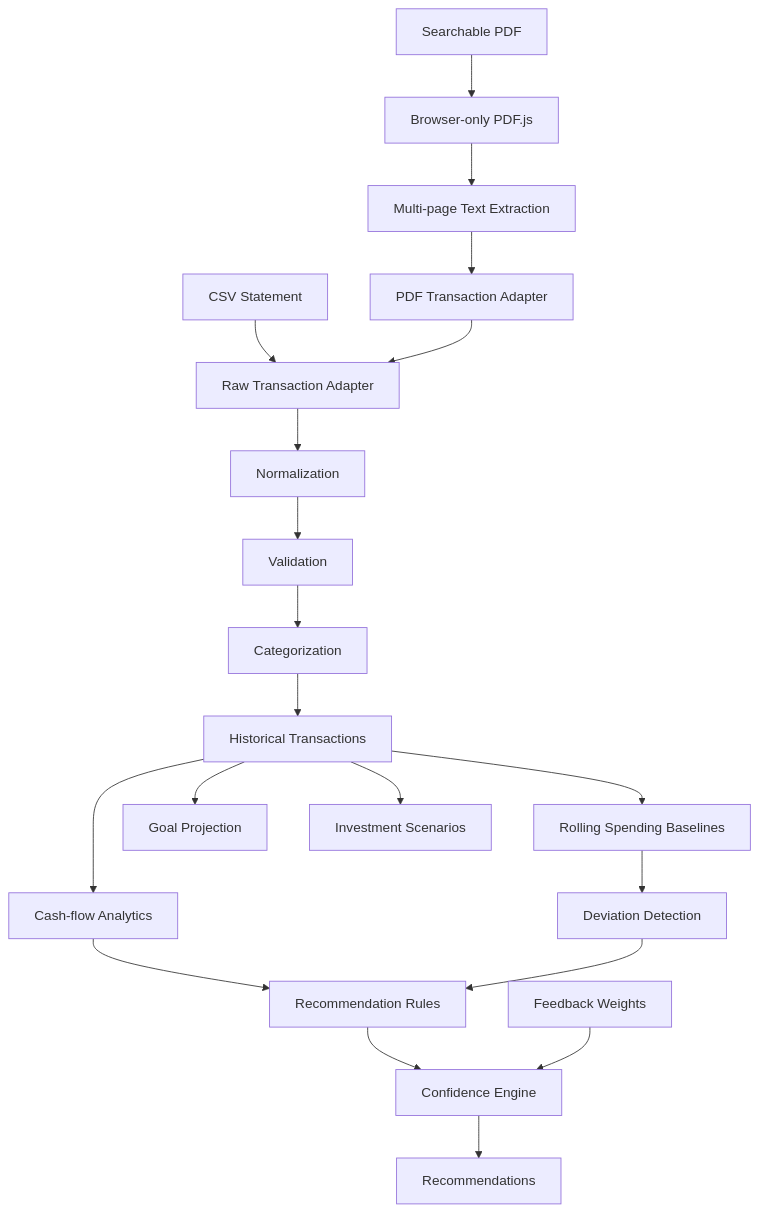
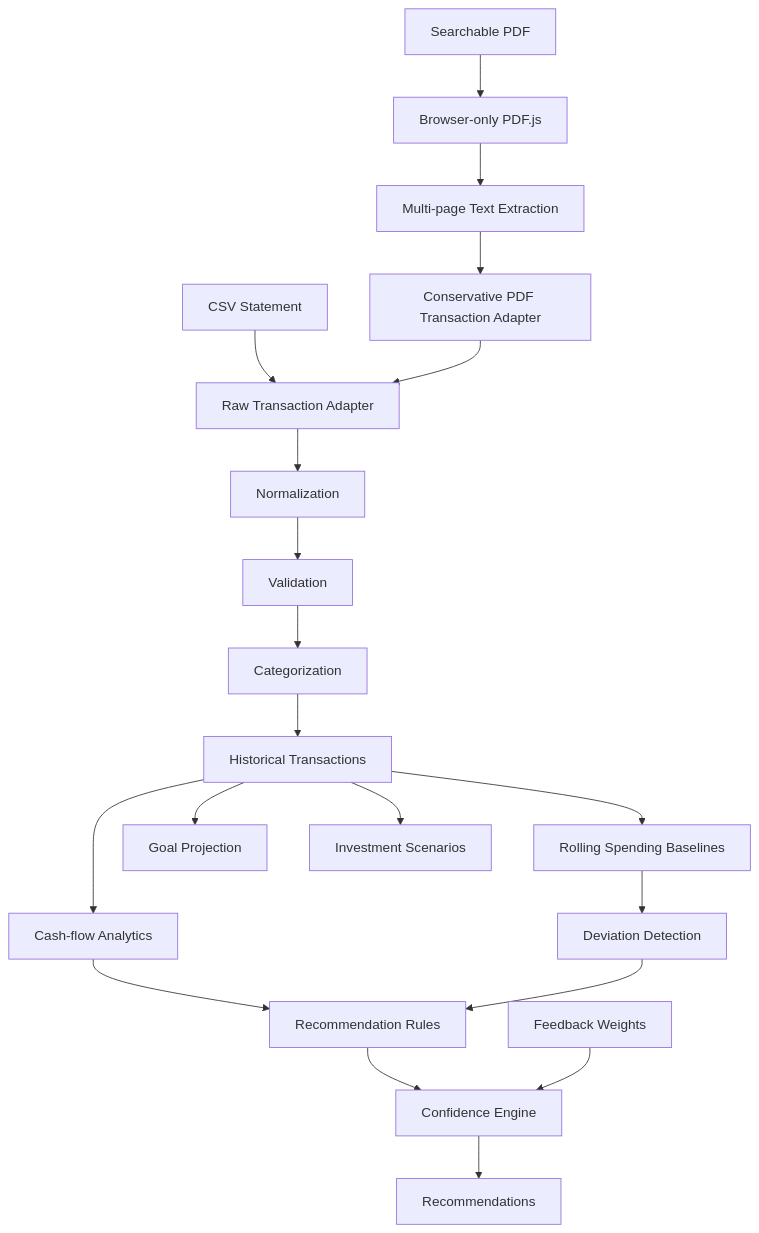
Before and after one commit to PerpsAkach/wealth-compass: the diagram in README.md, drawn with Mermaid. The commit also changed other lines of this file, not shown here.

````diff
--- a/README.md
+++ b/README.md
@@ -56,26 +60,26 @@
 ```mermaid
 flowchart TD
     A[CSV Statement] --> C[Raw Transaction Adapter]
     B[Searchable PDF] --> B1[Browser-only PDF.js]
     B1 --> B2[Multi-page Text Extraction]
-    B2 --> B3[PDF Transaction Adapter]
+    B2 --> B3[Conservative PDF Transaction Adapter]
     B3 --> C
 
     C --> D[Normalization]
     D --> E[Validation]
     E --> F[Categorization]
     F --> G[Historical Transactions]
 
     G --> H[Cash-flow Analytics]
     G --> I[Rolling Spending Baselines]
     I --> J[Deviation Detection]
 
     H --> K[Recommendation Rules]
     J --> K
     K --> L[Confidence Engine]
     M[Feedback Weights] --> L
     L --> N[Recommendations]
 
     G --> Q[Goal Projection]
     G --> R[Investment Scenarios]
 ```
````
